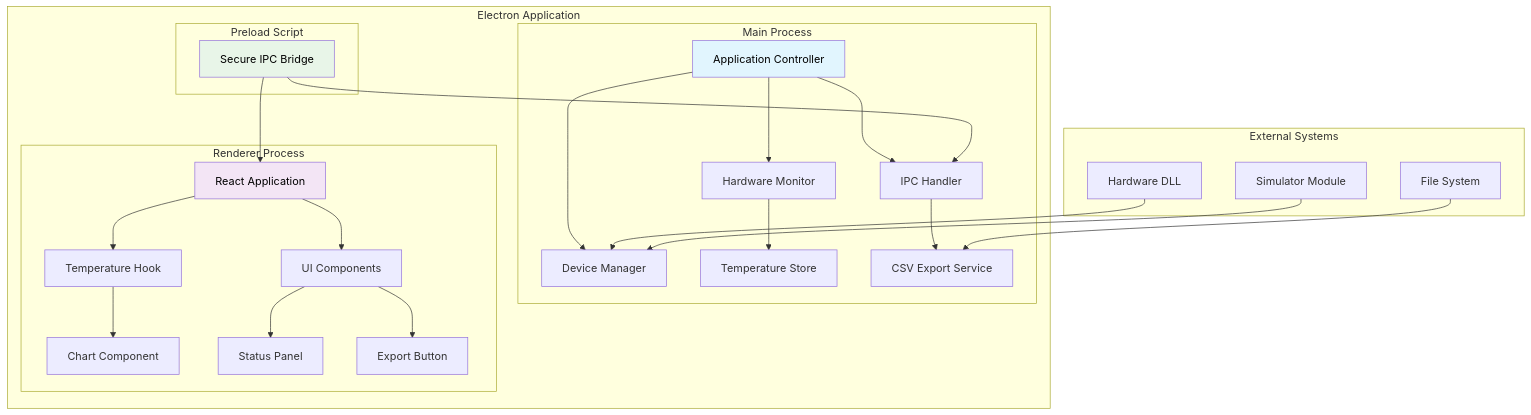
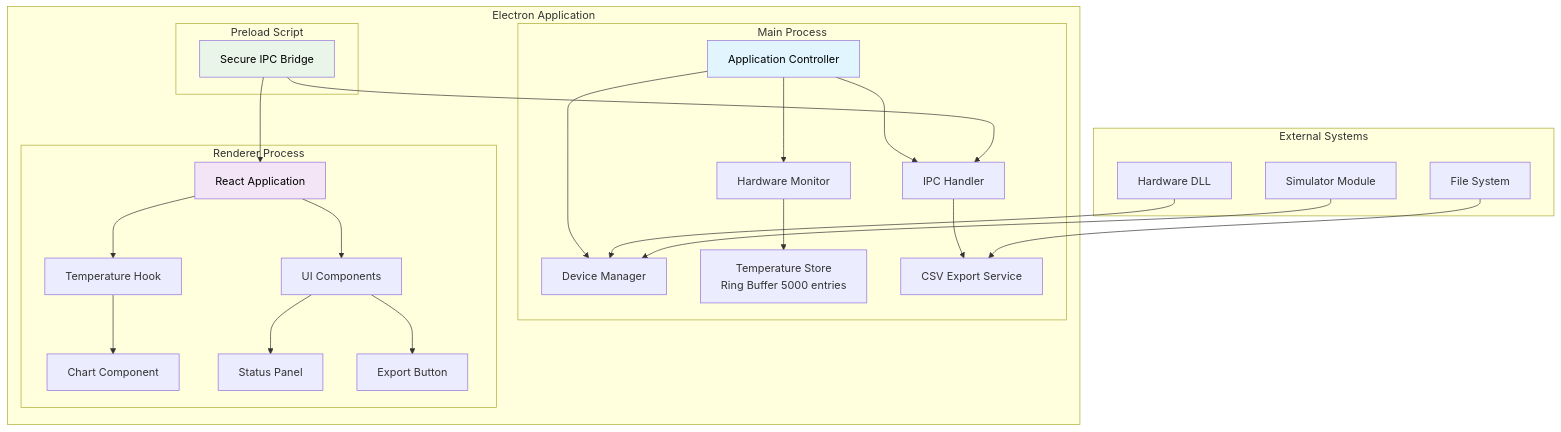
One commit to Interlaken0/temperature-plotter changed the first of 10 diagrams in docs/SYSTEM_ARCHITECTURE.md. Above: the diagram before and after it, drawn with Mermaid. The commit also changed other lines of this file and 1 other file, not shown here.

````diff
--- a/docs/SYSTEM_ARCHITECTURE.md
+++ b/docs/SYSTEM_ARCHITECTURE.md
@@ -17,35 +17,35 @@
 ```mermaid
 graph TB
     subgraph "Electron Application"
         subgraph "Main Process"
             A[Application Controller] --> B[Hardware Monitor]
             A --> C[IPC Handler]
             A --> D[Device Manager]
-            B --> E[Temperature Store]
+            B --> E[Temperature Store<br/>Ring Buffer 5000 entries]
             C --> F[CSV Export Service]
         end
         
         subgraph "Renderer Process"
             G[React Application] --> H[Temperature Hook]
             G --> I[UI Components]
             H --> J[Chart Component]
             I --> K[Status Panel]
             I --> L[Export Button]
         end
         
         subgraph "Preload Script"
             M[Secure IPC Bridge] --> C
             M --> G
         end
     end
     
     subgraph "External Systems"
         N[Hardware DLL] --> D
         O[Simulator Module] --> D
         P[File System] --> F
     end
     
     style A fill:#e1f5fe,color:#000000
     style G fill:#f3e5f5,color:#000000
     style M fill:#e8f5e8,color:#000000
 ```
````
